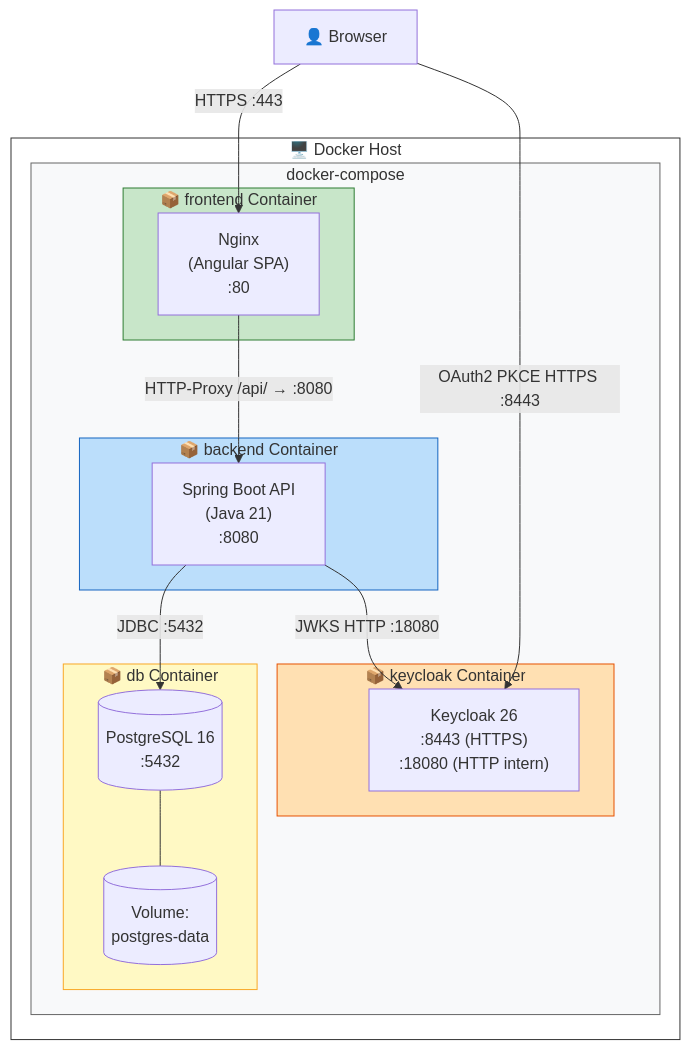
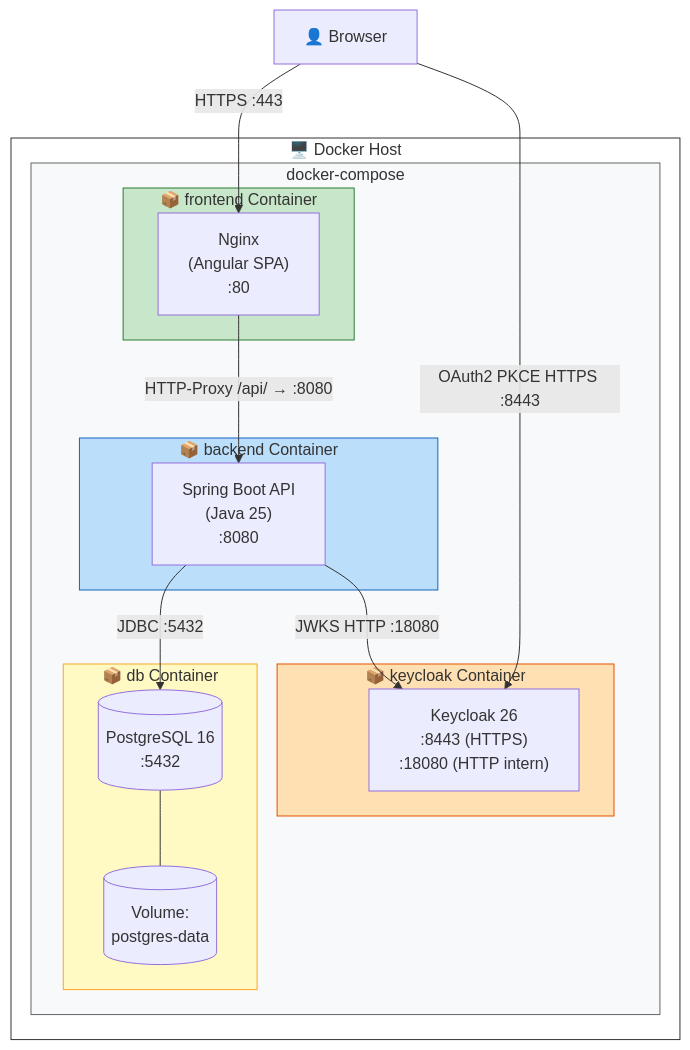
One commit to cbo1970/tsas changed the second of 2 diagrams in doc/sad/TSaS_SAD_arc42_1.md. Above: the diagram before and after it, drawn with Mermaid. The commit also changed other lines of this file and 2 other files, not shown here.

First line of the commit message:
docs: document coverage gate + CI, fix Java version and SAD path

````diff
--- a/doc/sad/TSaS_SAD_arc42_1.md
+++ b/doc/sad/TSaS_SAD_arc42_1.md
@@ -259,38 +259,38 @@
 ```mermaid
 graph TB
     subgraph Host["🖥️ Docker Host"]
         subgraph compose["docker-compose"]
 
             subgraph fe["📦 frontend Container"]
                 NGX["Nginx<br/>(Angular SPA)<br/>:80"]
             end
 
             subgraph be["📦 backend Container"]
-                BE["Spring Boot API<br/>(Java 21)<br/>:8080"]
+                BE["Spring Boot API<br/>(Java 25)<br/>:8080"]
             end
 
             subgraph db["📦 db Container"]
                 PG[("PostgreSQL 16<br/>:5432")]
                 VOL[("Volume:<br/>postgres-data")]
             end
 
             subgraph kc["📦 keycloak Container"]
                 KEY["Keycloak 26<br/>:8443 (HTTPS)<br/>:18080 (HTTP intern)"]
             end
         end
     end
 
     Browser["👤 Browser"] -- "HTTPS :443" --> NGX
     NGX -- "HTTP-Proxy /api/ → :8080" --> BE
     BE -- "JDBC :5432" --> PG
     BE -- "JWKS HTTP :18080" --> KEY
     Browser -- "OAuth2 PKCE HTTPS :8443" --> KEY
     PG --- VOL
 
     style fe fill:#C8E6C9,stroke:#2E7D32
     style be fill:#BBDEFB,stroke:#1565C0
     style db fill:#FFF9C4,stroke:#F9A825
     style kc fill:#FFE0B2,stroke:#E65100
     style compose fill:#f8f9fa,stroke:#666
     style Host fill:#fff,stroke:#333
 ```
````
